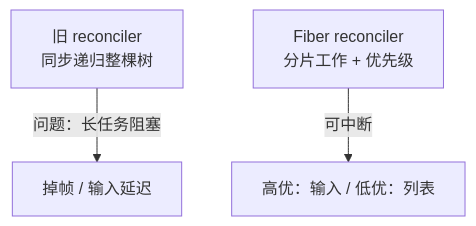
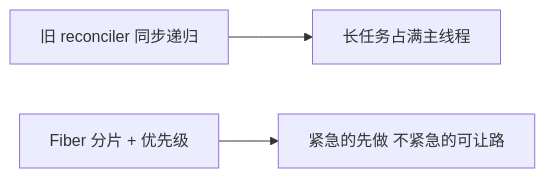
Before and after one commit to YancyZ/Knowledge-base: the first of 2 diagrams in 前端框架篇/React/01-认知与生态/02-React发展脉络与版本演进.md, drawn with Mermaid. The commit also changed other lines of this file and 224 other files, not shown here.

````diff
--- a/前端框架篇/React/01-认知与生态/02-React发展脉络与版本演进.md
+++ b/前端框架篇/React/01-认知与生态/02-React发展脉络与版本演进.md
@@ -64,7 +30,5 @@
 ```mermaid
-flowchart TB
-  Old[旧 reconciler<br/>同步递归整棵树]
-  New[Fiber reconciler<br/>分片工作 + 优先级]
-  Old -->|问题：长任务阻塞| Block[掉帧 / 输入延迟]
-  New -->|可中断| Smooth[高优：输入 / 低优：列表]
+flowchart LR
+  Old[旧 reconciler 同步递归] --> Block[长任务占满主线程]
+  Fiber[Fiber 分片 + 优先级] --> Smooth[紧急的先做 不紧急的可让路]
 ```
````
